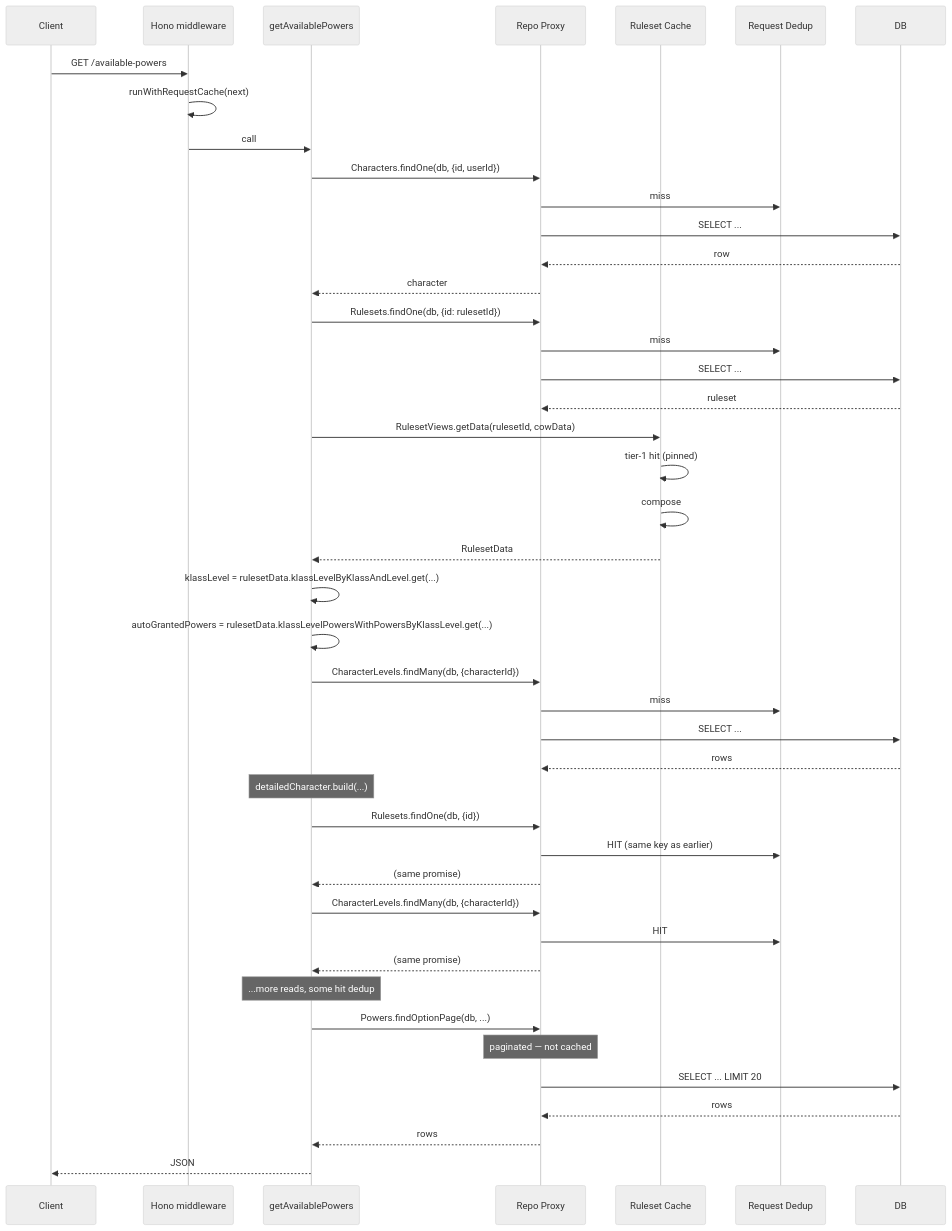
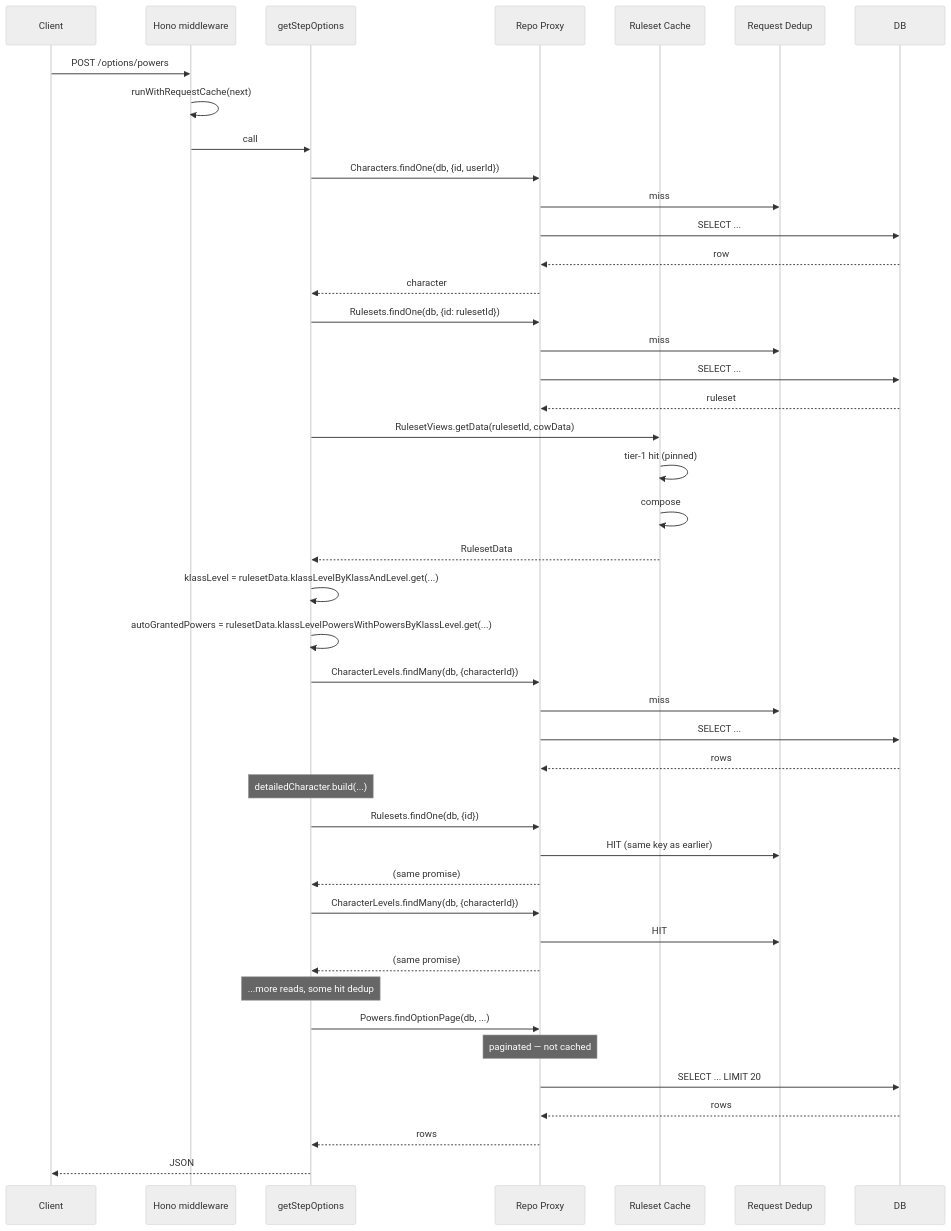
Before and after one commit to PhilippeChab/arkyvree: the seventh of 7 diagrams in docs/caching.md, drawn with Mermaid (neutral theme). The commit also changed other lines of this file and 2 other files, not shown here.

````diff
--- a/docs/caching.md
+++ b/docs/caching.md
@@ -394,55 +394,55 @@
 ```mermaid
 sequenceDiagram
     participant Client
     participant Middle as Hono middleware
-    participant Svc as getAvailablePowers
+    participant Svc as getStepOptions
     participant Repo as Repo Proxy
     participant RS as Ruleset Cache
     participant Dedup as Request Dedup
     participant DB
 
-    Client->>Middle: GET /available-powers
+    Client->>Middle: POST /options/powers
     Middle->>Middle: runWithRequestCache(next)
     Middle->>Svc: call
     Svc->>Repo: Characters.findOne(db, {id, userId})
     Repo->>Dedup: miss
     Repo->>DB: SELECT ...
     DB-->>Repo: row
     Repo-->>Svc: character
 
     Svc->>Repo: Rulesets.findOne(db, {id: rulesetId})
     Repo->>Dedup: miss
     Repo->>DB: SELECT ...
     DB-->>Repo: ruleset
 
     Svc->>RS: RulesetViews.getData(rulesetId, cowData)
     RS->>RS: tier-1 hit (pinned)
     RS->>RS: compose
     RS-->>Svc: RulesetData
 
     Svc->>Svc: klassLevel = rulesetData.klassLevelByKlassAndLevel.get(...)
     Svc->>Svc: autoGrantedPowers = rulesetData.klassLevelPowersWithPowersByKlassLevel.get(...)
 
     Svc->>Repo: CharacterLevels.findMany(db, {characterId})
     Repo->>Dedup: miss
     Repo->>DB: SELECT ...
     DB-->>Repo: rows
 
     Note over Svc: detailedCharacter.build(...)
     Svc->>Repo: Rulesets.findOne(db, {id})
     Repo->>Dedup: HIT (same key as earlier)
     Repo-->>Svc: (same promise)
 
     Svc->>Repo: CharacterLevels.findMany(db, {characterId})
     Repo->>Dedup: HIT
     Repo-->>Svc: (same promise)
 
     Note over Svc: ...more reads, some hit dedup
 
     Svc->>Repo: Powers.findOptionPage(db, ...)
     Note over Repo: paginated — not cached
     Repo->>DB: SELECT ... LIMIT 20
     DB-->>Repo: rows
     Repo-->>Svc: rows
     Svc-->>Client: JSON
 ```
````
